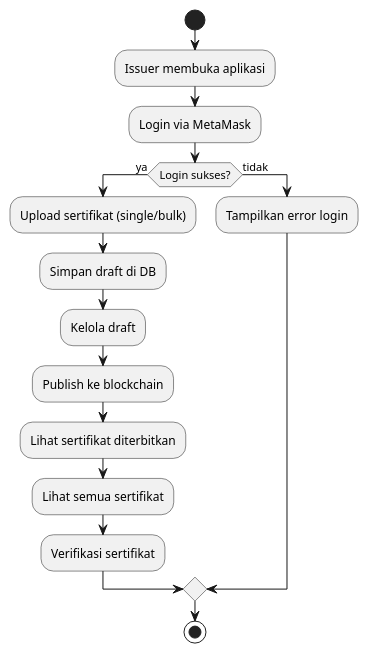
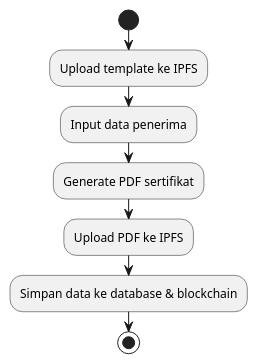
Before and after one commit to Aguh18/Skripsi-Projek-Penerbitan-Sertifikat-Berbasis-Blockhain-Polygon: the diagram in plantuml/flowchart_issuer.puml, drawn with PlantUML. The commit also changed 2 other files, not shown here.

```diff
--- a/plantuml/flowchart_issuer.puml
+++ b/plantuml/flowchart_issuer.puml
@@ -1,17 +1,9 @@
 @startuml
 start
-:Issuer membuka aplikasi;
-:Login via MetaMask;
-if (Login sukses?) then (ya)
-  :Upload sertifikat (single/bulk);
-  :Simpan draft di DB;
-  :Kelola draft;
-  :Publish ke blockchain;
-  :Lihat sertifikat diterbitkan;
-  :Lihat semua sertifikat;
-  :Verifikasi sertifikat;
-else (tidak)
-  :Tampilkan error login;
-endif
+:Upload template ke IPFS;
+:Input data penerima;
+:Generate PDF sertifikat;
+:Upload PDF ke IPFS;
+:Simpan data ke database & blockchain;
 stop
 @enduml 
```
